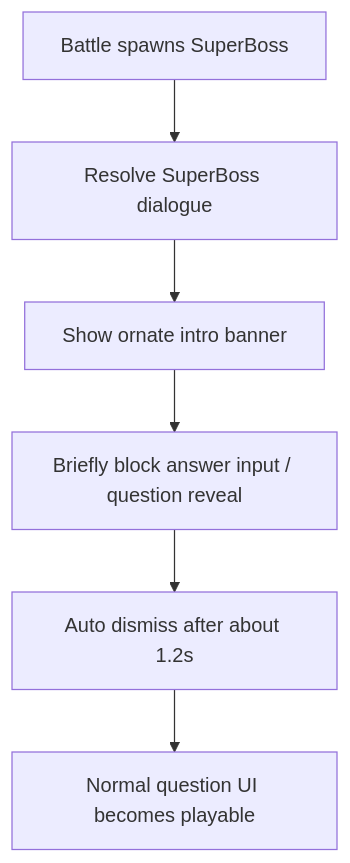
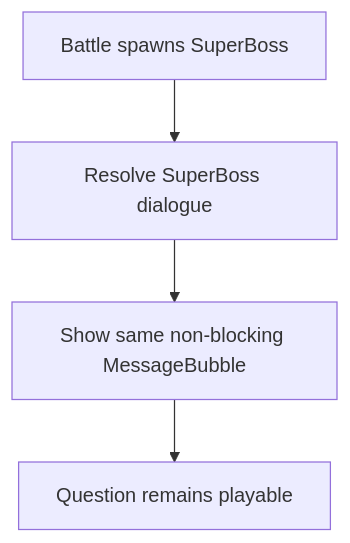
One commit to terryma2024/happyword changed the second of 3 diagrams in docs/features/2026-05-25-boss-dialogue-v0-9-2/00-design.md. Above: the diagram before and after it, drawn with Mermaid. The commit also changed other lines of this file and 46 other files, not shown here.

````diff
--- a/docs/features/2026-05-25-boss-dialogue-v0-9-2/00-design.md
+++ b/docs/features/2026-05-25-boss-dialogue-v0-9-2/00-design.md
@@ -50,8 +51,6 @@
 ```mermaid
 flowchart TD
   start["Battle spawns SuperBoss"] --> lookup["Resolve SuperBoss dialogue"]
-  lookup --> banner["Show ornate intro banner"]
-  banner --> block["Briefly block answer input / question reveal"]
-  block --> dismiss["Auto dismiss after about 1.2s"]
-  dismiss --> question["Normal question UI becomes playable"]
+  lookup --> bubble["Show same non-blocking MessageBubble"]
+  bubble --> question["Question remains playable"]
 ```
````
